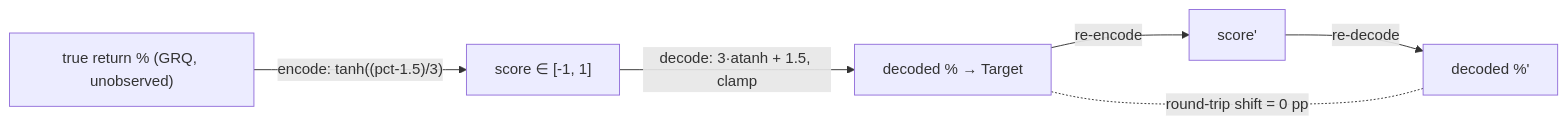
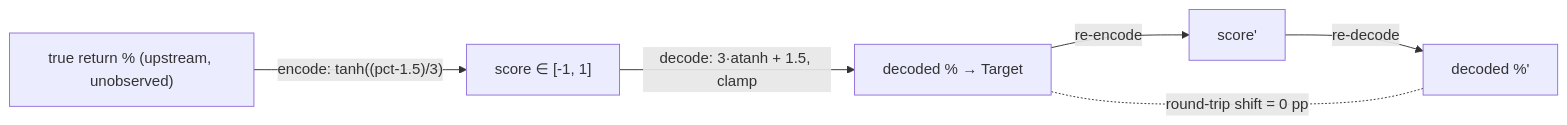
Before and after one commit to stSoftwareAU/GRQ-validation: the diagram in docs/archive/investigations/issue-556-score-target-decoding-bias.md, drawn with Mermaid. The commit also changed other lines of this file and 20 other files, not shown here.

````diff
--- a/docs/archive/investigations/issue-556-score-target-decoding-bias.md
+++ b/docs/archive/investigations/issue-556-score-target-decoding-bias.md
@@ -49,8 +49,8 @@
 ```mermaid
 flowchart LR
-    P["true return % (GRQ, unobserved)"] -->|"encode: tanh((pct-1.5)/3)"| S["score ∈ [-1, 1]"]
+    P["true return % (upstream, unobserved)"] -->|"encode: tanh((pct-1.5)/3)"| S["score ∈ [-1, 1]"]
     S -->|"decode: 3·atanh + 1.5, clamp"| D["decoded % → Target"]
     D -->|"re-encode"| S2["score'"]
     S2 -->|"re-decode"| D2["decoded %'"]
     D2 -. "round-trip shift = 0 pp" .- D
 ```
````
